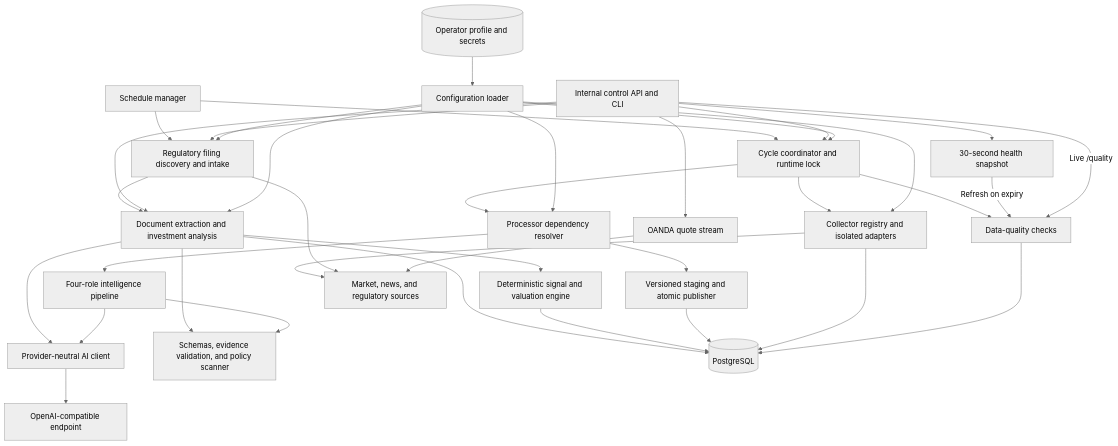
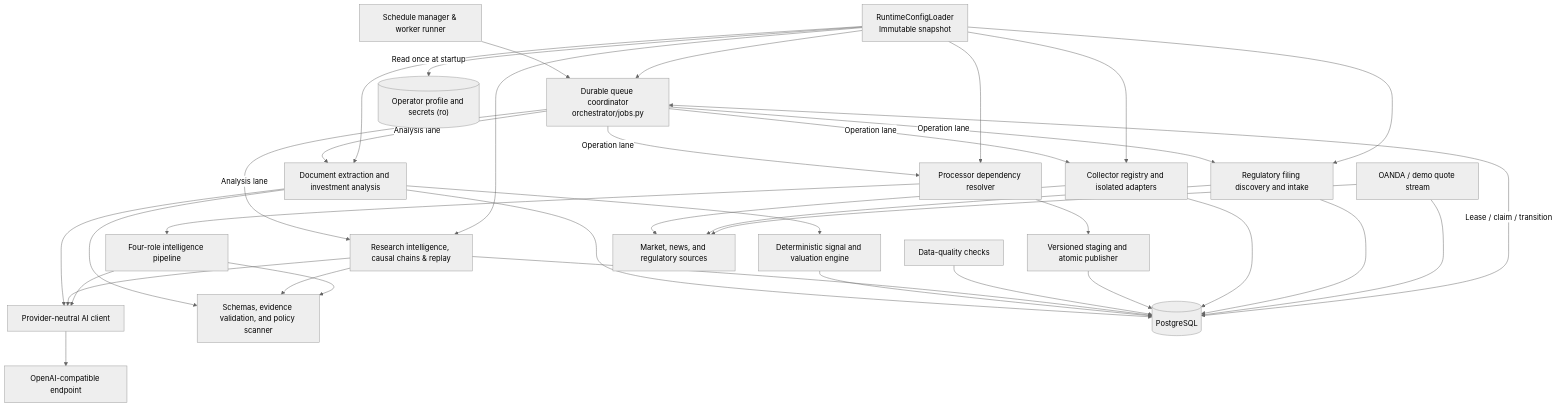
The fourth of 8 diagrams in docs/architecture/c4-model.md (cpu23/trading-data-platform), drawn with Mermaid (neutral theme) before and after one commit. The commit also changed other lines of this file and 113 other files, not shown here.

First line of the commit message:
refactor: complete immutable three-service runtime cutover

````diff
--- a/docs/architecture/c4-model.md
+++ b/docs/architecture/c4-model.md
@@ -150,53 +149,56 @@
 ```mermaid
 flowchart TB
-    Scheduler["Schedule manager"]
-    HTTP["Internal control API and CLI"]
-    Coordinator["Cycle coordinator and runtime lock"]
+    Scheduler["Schedule manager & worker runner"]
+    Queue["Durable queue coordinator<br/>orchestrator/jobs.py"]
     Collectors["Collector registry and isolated adapters"]
     Filing["Regulatory filing discovery and intake"]
     Investment["Document extraction and investment analysis"]
+    Research["Research intelligence, causal chains & replay"]
     Rules["Deterministic signal and valuation engine"]
     Quality["Data-quality checks"]
-    QualitySnapshot["30-second health snapshot"]
     Processors["Processor dependency resolver"]
     Intelligence["Four-role intelligence pipeline"]
     Client["Provider-neutral AI client"]
     Policy["Schemas, evidence validation, and policy scanner"]
     Publisher["Versioned staging and atomic publisher"]
-    Stream["OANDA quote stream"]
-    Config["Configuration loader"]
+    Stream["OANDA / demo quote stream"]
+    Config["RuntimeConfigLoader<br/>Immutable snapshot"]
     DB[("PostgreSQL")]
     Sources["Market, news, and regulatory sources"]
     AI["OpenAI-compatible endpoint"]
-    State[("Operator profile and secrets")]
+    State[("Operator profile and secrets (ro)")]
 
-    Scheduler --> Coordinator
-    HTTP --> Coordinator
-    Coordinator --> Collectors --> Sources
-    Scheduler --> Filing --> Sources
-    HTTP --> Filing
-    Filing --> Investment
+    Scheduler --> Queue
+    Queue -->|"Operation lane"| Collectors
+    Queue -->|"Operation lane"| Filing
+    Queue -->|"Operation lane"| Processors
+    Queue -->|"Analysis lane"| Investment
+    Queue -->|"Analysis lane"| Research
+    Collectors --> Sources
+    Filing --> Sources
+    Investment --> Rules
     Investment --> DB
-    Investment --> Rules --> DB
-    HTTP --> Investment
+    Rules --> DB
+    Research --> DB
     Investment --> Client
     Investment --> Policy
-    Coordinator --> Quality
-    HTTP --> QualitySnapshot -->|"Refresh on expiry"| Quality
-    HTTP -->|"Live /quality"| Quality
-    Coordinator --> Processors
+    Research --> Client
+    Research --> Policy
+    Quality --> DB
     Processors --> Intelligence
     Intelligence --> Client --> AI
     Intelligence --> Policy
     Processors --> Publisher --> DB
     Collectors --> DB
-    Quality --> DB
+    Filing --> DB
     Stream --> Sources
-    HTTP --> Stream
-    Config --> Coordinator
+    Stream --> DB
     Config --> Collectors
     Config --> Filing
     Config --> Investment
+    Config --> Research
     Config --> Processors
-    State --> Config
+    Config --> Queue
+    Config -->|"Read once at startup"| State
+    DB <-->|"Lease / claim / transition"| Queue
 ```
````
